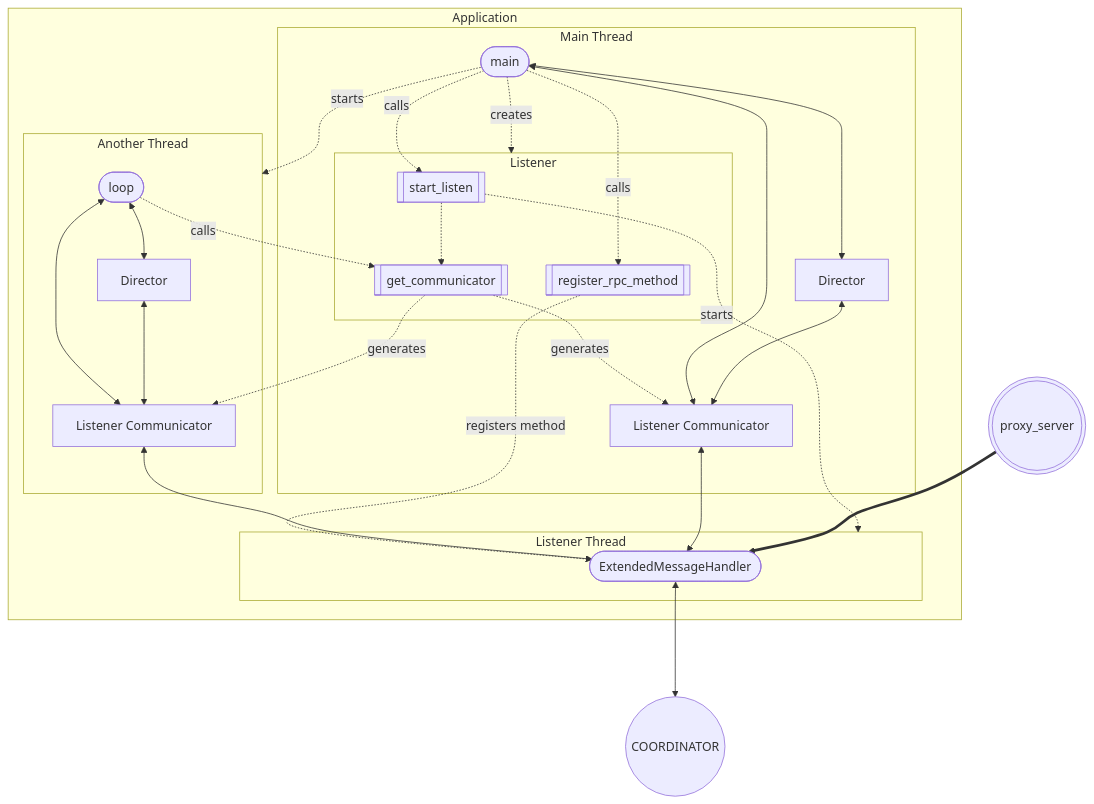
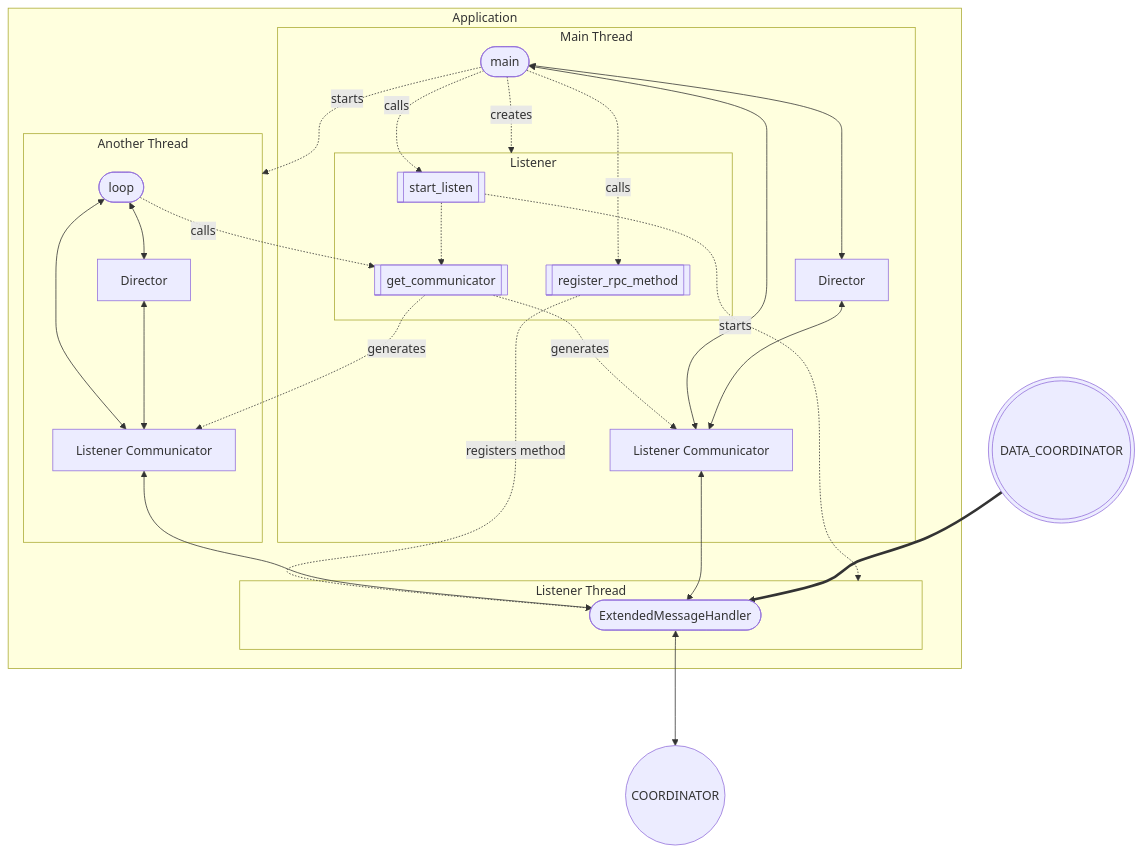
Before and after one commit to pymeasure/pyleco: the third of 4 diagrams in GETTING_STARTED.md, drawn with Mermaid. The commit also changed other lines of this file and 1 other file, not shown here.

````diff
--- a/GETTING_STARTED.md
+++ b/GETTING_STARTED.md
@@ -311,45 +388,45 @@
 ```mermaid
 flowchart TD
-    Proxy(((proxy_server)))
+    Proxy(((DATA_COORDINATOR)))
     C((COORDINATOR))
 
     subgraph Application
         subgraph MainThread[Main Thread]
             main([main])-.->|creates|Listener
             main -.->|calls|sl
-            
+
             subgraph Listener
             sl[[start_listen]]-.->
             gc[[get_communicator]]
             rrm[[register_rpc_method]]
             end
 
             gc-.->|generates|LC[Listener Communicator]
             main <-->LC
             main <-->Director <-->LC
             main -.->|calls|rrm
         end
         sl-.->|"starts"|ListenerThread
         main-.->|starts|AnotherThread
         rrm-.->|registers method|ListenerEMH
 
         subgraph ListenerThread[Listener Thread]
             ListenerEMH([ExtendedMessageHandler])
         end
 
         subgraph AnotherThread[Another Thread]
             loop([loop])<-->Director6
             loop<-->LC2
             Director6[Director]<-->LC2[Listener Communicator]
         end
         loop-.->|calls|gc
         LC2<-->ListenerEMH
         gc-.->|generates|LC2
 
         LC<-->ListenerEMH
     end
 
     ListenerEMH <---> C
     Proxy ==> ListenerEMH
 
 ```
````
